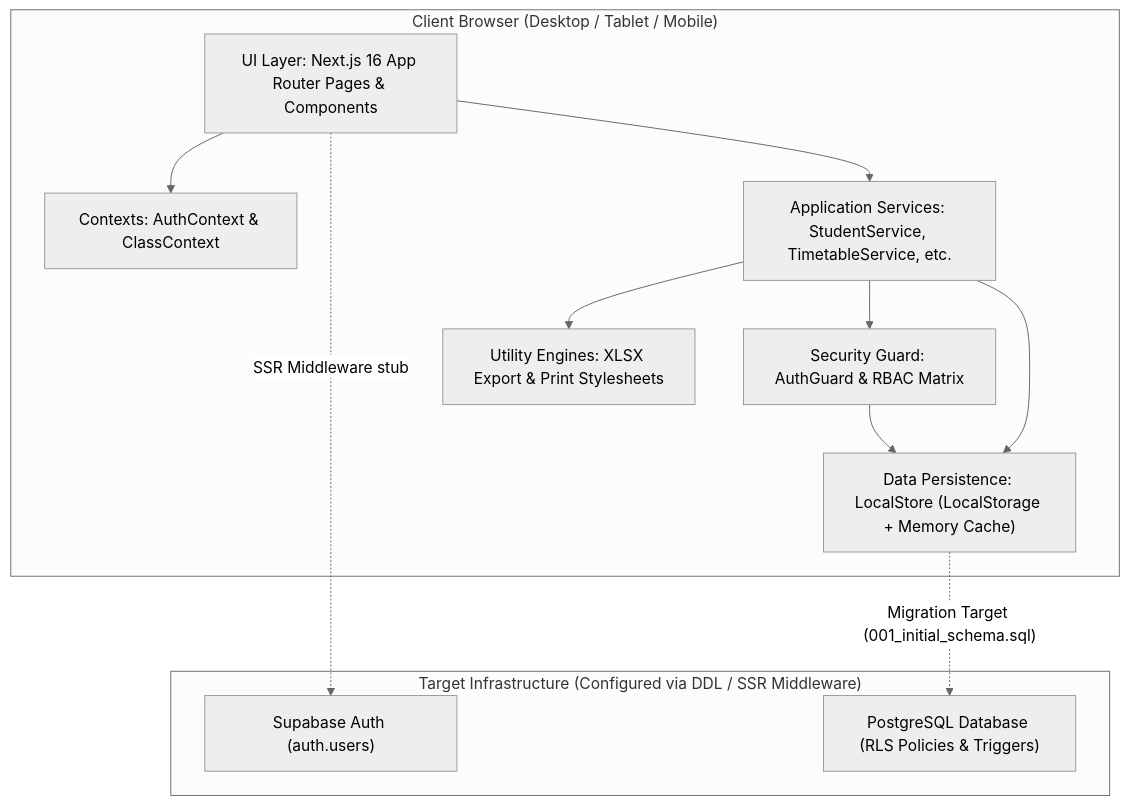
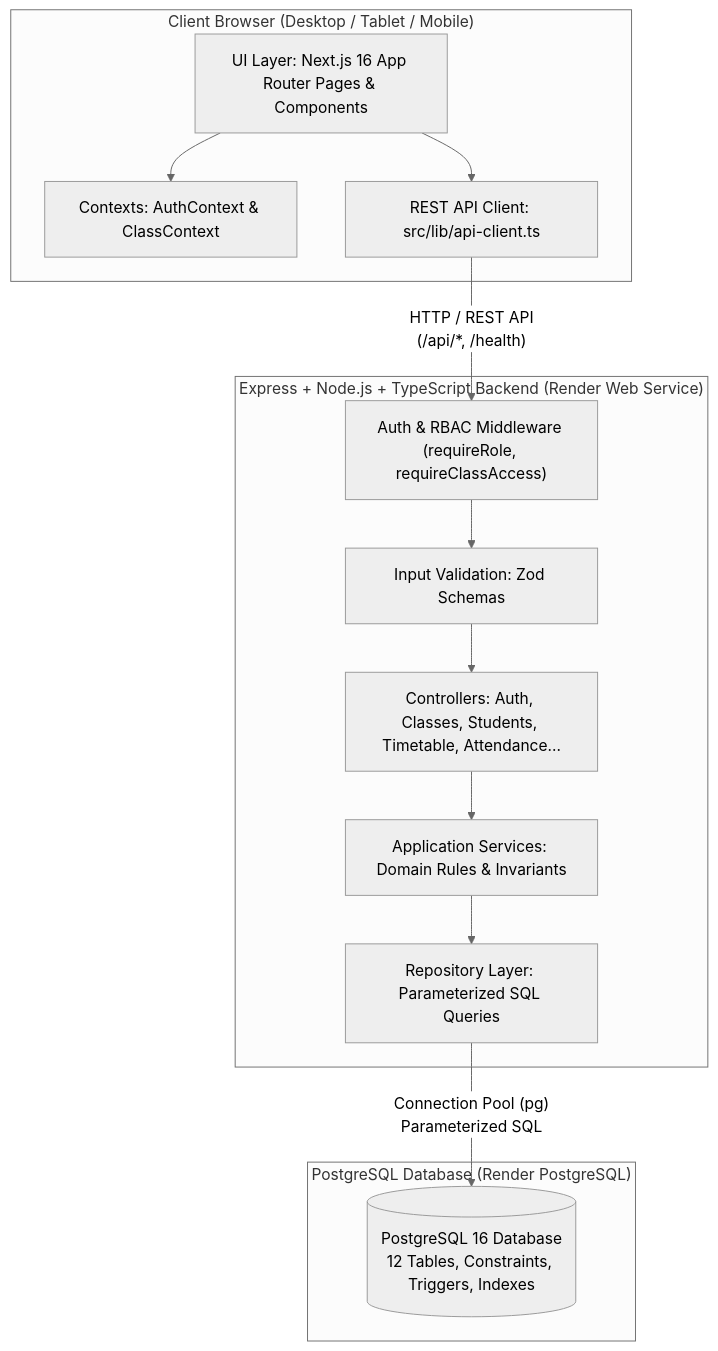
Before and after one commit to tranhohoangvu/class-manager: the diagram in docs/architecture/system-architecture.md, drawn with Mermaid (neutral theme). The commit also changed other lines of this file and 96 other files, not shown here.

Commit message:
feat: migrate backend from Supabase to Node.js + Express + PostgreSQL for Render deployment

````diff
--- a/docs/architecture/system-architecture.md
+++ b/docs/architecture/system-architecture.md
@@ -9,25 +13,29 @@
 ```mermaid
 graph TD
     subgraph ClientBrowser ["Client Browser (Desktop / Tablet / Mobile)"]
         UI["UI Layer: Next.js 16 App Router Pages & Components"]
         Contexts["Contexts: AuthContext & ClassContext"]
-        Guard["Security Guard: AuthGuard & RBAC Matrix"]
-        Services["Application Services: StudentService, TimetableService, etc."]
-        Store["Data Persistence: LocalStore (LocalStorage + Memory Cache)"]
-        Export["Utility Engines: XLSX Export & Print Stylesheets"]
+        ApiClient["REST API Client: src/lib/api-client.ts"]
     end
 
-    subgraph TargetBackend ["Target Infrastructure (Configured via DDL / SSR Middleware)"]
-        SupabaseAuth["Supabase Auth (auth.users)"]
-        Postgres["PostgreSQL Database (RLS Policies & Triggers)"]
+    subgraph BackendAPI ["Express + Node.js + TypeScript Backend (Render Web Service)"]
+        AuthMiddleware["Auth & RBAC Middleware (requireRole, requireClassAccess)"]
+        Validators["Input Validation: Zod Schemas"]
+        Controllers["Controllers: Auth, Classes, Students, Timetable, Attendance..."]
+        Services["Application Services: Domain Rules & Invariants"]
+        Repositories["Repository Layer: Parameterized SQL Queries"]
+    end
+
+    subgraph DatabaseTier ["PostgreSQL Database (Render PostgreSQL)"]
+        Postgres[("PostgreSQL 16 Database<br/>12 Tables, Constraints, Triggers, Indexes")]
     end
 
     UI --> Contexts
-    UI --> Services
-    Services --> Guard
-    Guard --> Store
-    Services --> Store
-    Services --> Export
-    UI -.->|"SSR Middleware stub"| SupabaseAuth
-    Store -.->|"Migration Target (001_initial_schema.sql)"| Postgres
+    UI --> ApiClient
+    ApiClient -->|"HTTP / REST API<br/>(/api/*, /health)"| AuthMiddleware
+    AuthMiddleware --> Validators
+    Validators --> Controllers
+    Controllers --> Services
+    Services --> Repositories
+    Repositories -->|"Connection Pool (pg)<br/>Parameterized SQL"| Postgres
 ```
````
